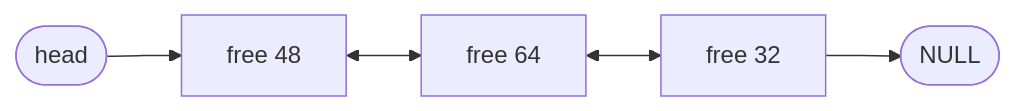
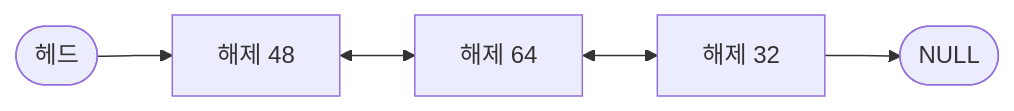
Before and after one commit to Jungle-12-303/wk07_6: the first of 2 diagrams in docs/blog/concepts/16-heap-allocator-internals.md, drawn with Mermaid. The commit also changed other lines of this file and 26 other files, not shown here.

First line of the commit message:
docs: 블로그 소제목·Mermaid·ASCII 박스 가독성 정비

````diff
--- a/docs/blog/concepts/16-heap-allocator-internals.md
+++ b/docs/blog/concepts/16-heap-allocator-internals.md
@@ -70,7 +70,7 @@
 ```mermaid
 graph LR
-    head([head]) --> F1[free 48]
-    F1 <--> F2[free 64]
-    F2 <--> F3[free 32]
+    head([헤드]) --> F1[해제 48]
+    F1 <--> F2[해제 64]
+    F2 <--> F3[해제 32]
     F3 --> NULL([NULL])
 ```
````
